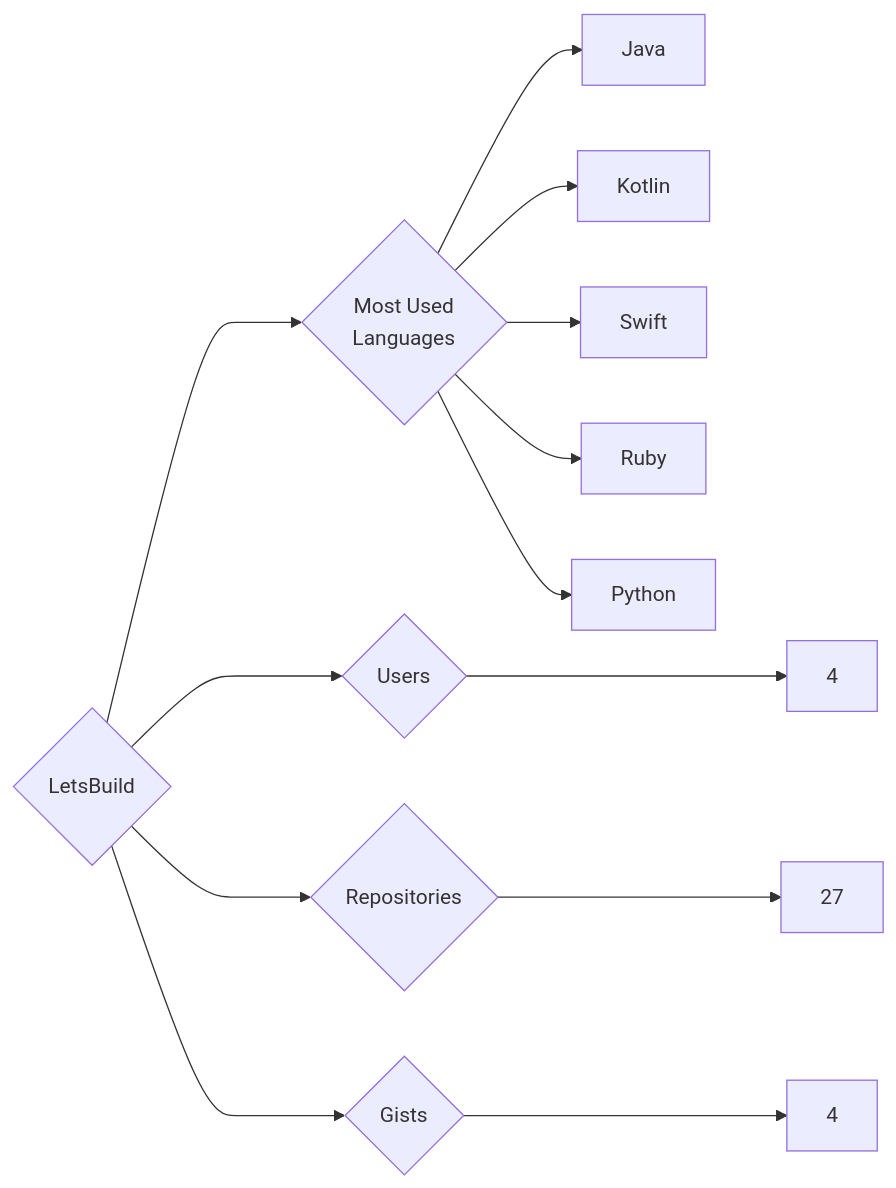
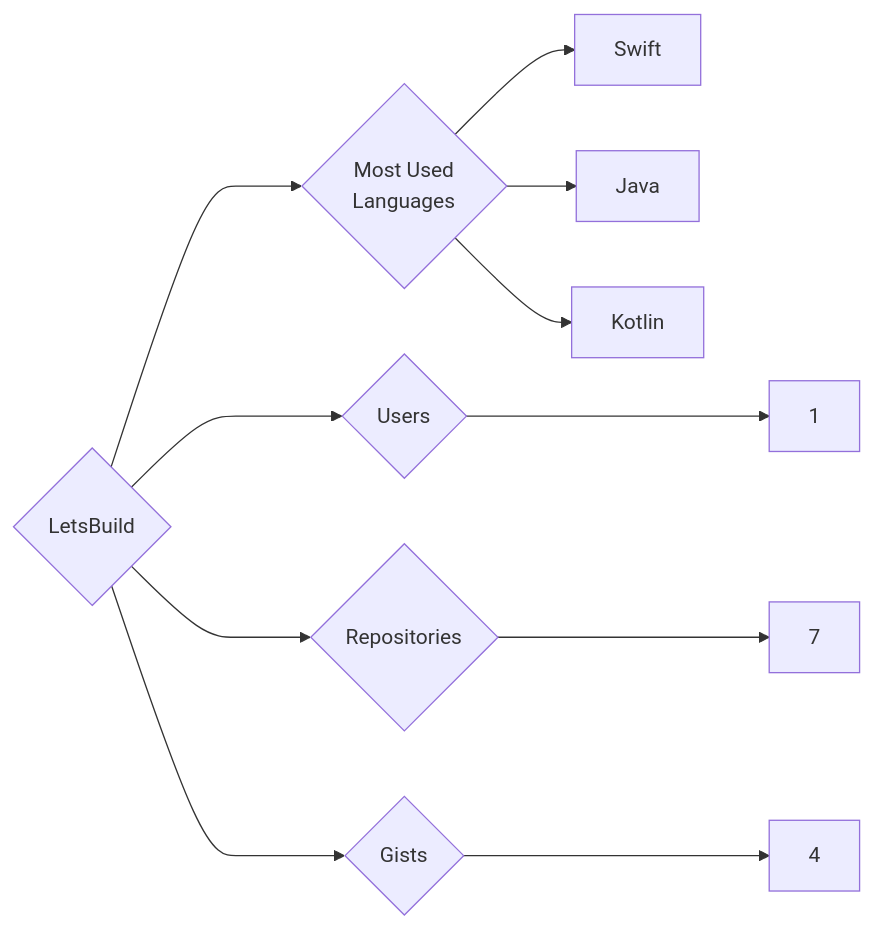
The diagram in targets/LetsBuild/README.md (trickest/insiders), drawn with Mermaid before and after one commit. The commit also changed 782 other files, not shown here.

````diff
--- a/targets/LetsBuild/README.md
+++ b/targets/LetsBuild/README.md
@@ -3,13 +3,11 @@
 ```mermaid
 graph LR
 COMPANY_NAME{LetsBuild}
-COMPANY_NAME ---> U{Users} ---> UN[4]
-COMPANY_NAME ---> R{Repositories} ---> RN[27]
+COMPANY_NAME ---> U{Users} ---> UN[1]
+COMPANY_NAME ---> R{Repositories} ---> RN[7]
 COMPANY_NAME ---> G{Gists} ---> GN[4]
 COMPANY_NAME ---> ML{Most Used<br>Languages}
+ML --> Swift[Swift]
 ML --> Java[Java]
 ML --> Kotlin[Kotlin]
-ML --> Swift[Swift]
-ML --> Ruby[Ruby]
-ML --> Python[Python]
 ```
````
